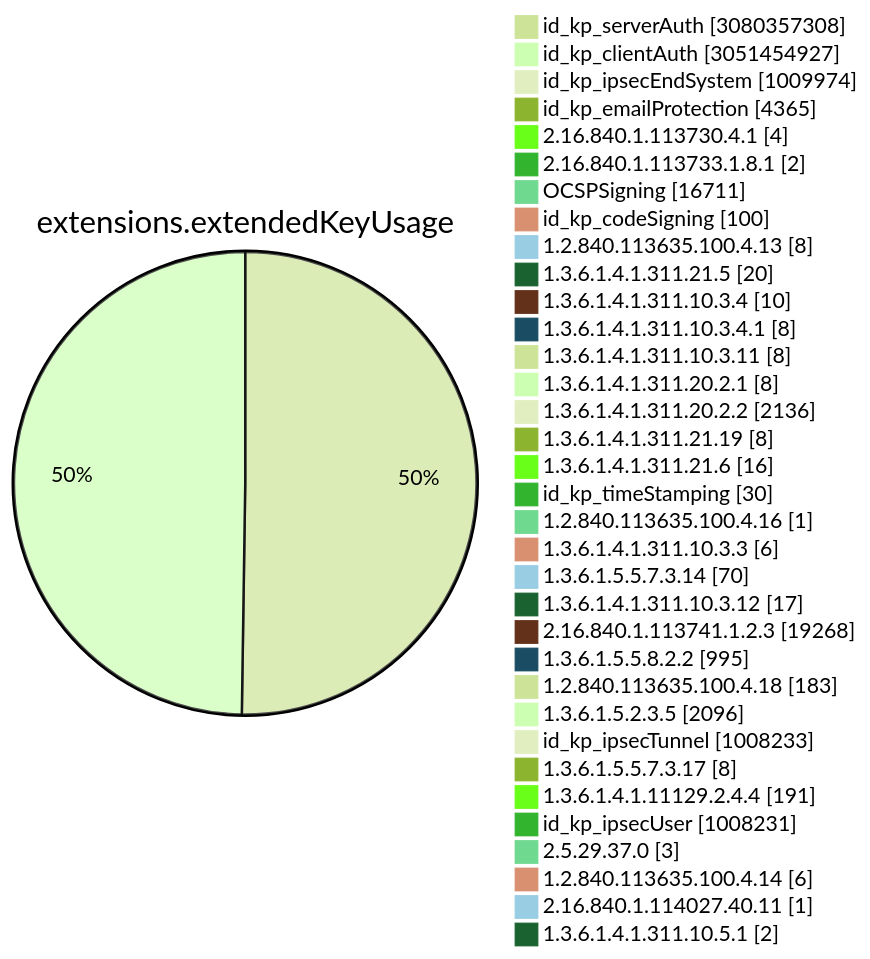
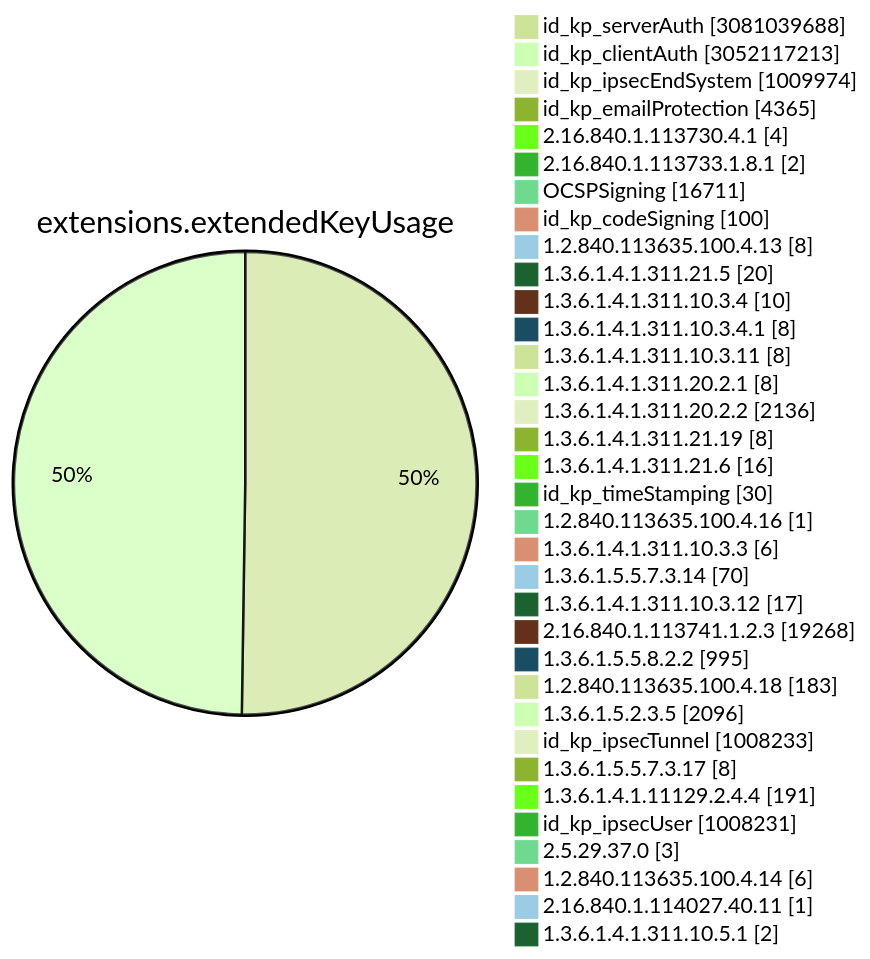
One commit to christiankrug/ctmonitor_visualization changed diagram 11 of 15 in TOTAL/README.md. Above: the diagram before and after it, drawn with Mermaid (forest theme). The commit also changed other lines of this file, not shown here.

````diff
--- a/TOTAL/README.md
+++ b/TOTAL/README.md
@@ -4117,38 +4117,38 @@
 ```mermaid
 pie showData
 title extensions.extendedKeyUsage
-"id_kp_serverAuth" :3080357308
-"id_kp_clientAuth" :3051454927
+"id_kp_serverAuth" :3081039688
+"id_kp_clientAuth" :3052117213
 "id_kp_ipsecEndSystem" :1009974
 "id_kp_emailProtection" :4365
 "2.16.840.1.113730.4.1" :4
 "2.16.840.1.113733.1.8.1" :2
 "OCSPSigning" :16711
 "id_kp_codeSigning" :100
 "1.2.840.113635.100.4.13" :8
 "1.3.6.1.4.1.311.21.5" :20
 "1.3.6.1.4.1.311.10.3.4" :10
 "1.3.6.1.4.1.311.10.3.4.1" :8
 "1.3.6.1.4.1.311.10.3.11" :8
 "1.3.6.1.4.1.311.20.2.1" :8
 "1.3.6.1.4.1.311.20.2.2" :2136
 "1.3.6.1.4.1.311.21.19" :8
 "1.3.6.1.4.1.311.21.6" :16
 "id_kp_timeStamping" :30
 "1.2.840.113635.100.4.16" :1
 "1.3.6.1.4.1.311.10.3.3" :6
 "1.3.6.1.5.5.7.3.14" :70
 "1.3.6.1.4.1.311.10.3.12" :17
 "2.16.840.1.113741.1.2.3" :19268
 "1.3.6.1.5.5.8.2.2" :995
 "1.2.840.113635.100.4.18" :183
 "1.3.6.1.5.2.3.5" :2096
 "id_kp_ipsecTunnel" :1008233
 "1.3.6.1.5.5.7.3.17" :8
 "1.3.6.1.4.1.11129.2.4.4" :191
 "id_kp_ipsecUser" :1008231
 "2.5.29.37.0" :3
 "1.2.840.113635.100.4.14" :6
 "2.16.840.1.114027.40.11" :1
 "1.3.6.1.4.1.311.10.5.1" :2
 ```
````
